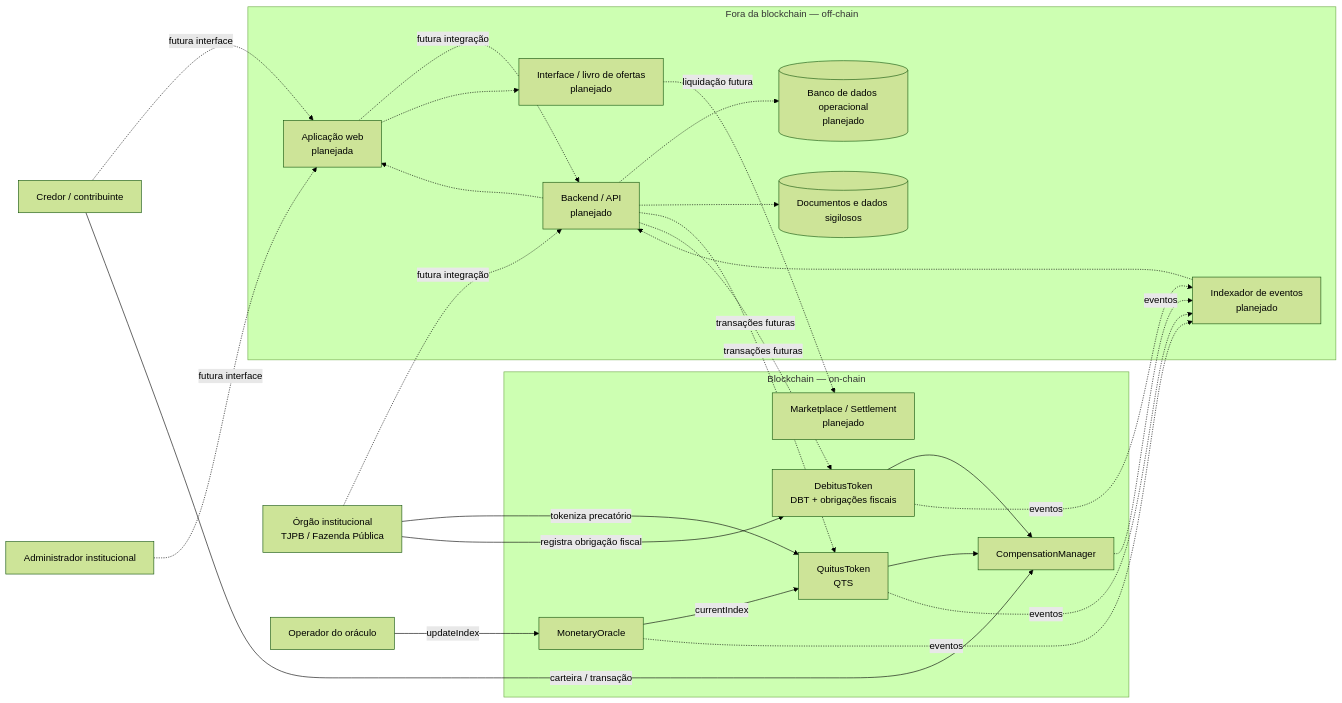
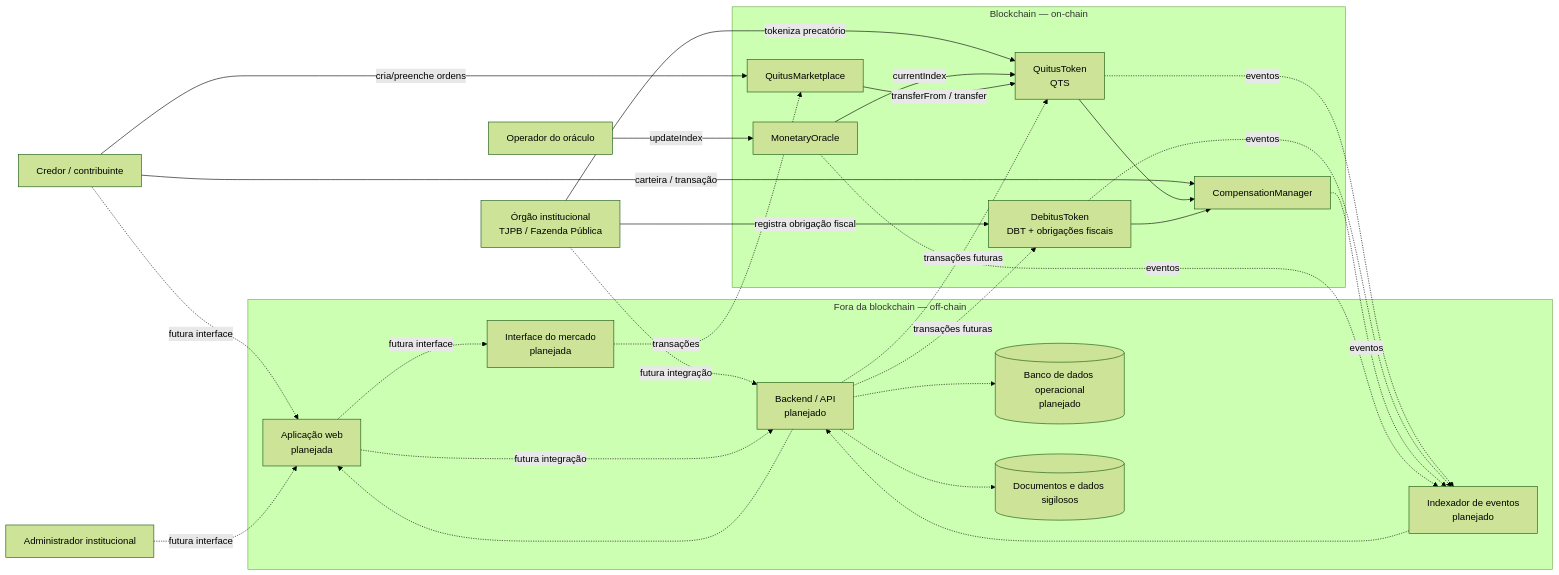
One commit to Victor-droid165/blockchain changed the diagram in Lab4/docs/arquitetura.md. Above: the diagram before and after it, drawn with Mermaid (forest theme). The commit also changed other lines of this file and 7 other files, not shown here.

Commit message:
feat(lab4): adiciona mercado secundario de QTS

````diff
--- a/Lab4/docs/arquitetura.md
+++ b/Lab4/docs/arquitetura.md
@@ -5,52 +5,54 @@
 ```mermaid
 flowchart LR
     C[Credor / contribuinte]
     O[Órgão institucional<br/>TJPB / Fazenda Pública]
     A[Administrador institucional]
     OP[Operador do oráculo]
 
     subgraph OFF["Fora da blockchain — off-chain"]
         FE[Aplicação web<br/>planejada]
         API[Backend / API<br/>planejado]
         DB[(Banco de dados operacional<br/>planejado)]
         DOC[(Documentos e dados sigilosos)]
         IDX[Indexador de eventos<br/>planejado]
-        MKT[Interface / livro de ofertas<br/>planejado]
+        MKTUI[Interface do mercado<br/>planejada]
     end
 
     subgraph ON["Blockchain — on-chain"]
         ORA[MonetaryOracle]
         QTS[QuitusToken<br/>QTS]
         DBT[DebitusToken<br/>DBT + obrigações fiscais]
         CMP[CompensationManager]
-        FUT[Marketplace / Settlement<br/>planejado]
+        MKT[QuitusMarketplace]
     end
 
     C -. futura interface .-> FE
     A -. futura interface .-> FE
     O -. futura integração .-> API
     FE -. futura integração .-> API
     API -.-> DB
     API -.-> DOC
     API -. transações futuras .-> QTS
     API -. transações futuras .-> DBT
 
     O -->|tokeniza precatório| QTS
     O -->|registra obrigação fiscal| DBT
     OP -->|updateIndex| ORA
     ORA -->|currentIndex| QTS
     C -->|carteira / transação| CMP
 
     QTS --> CMP
     DBT --> CMP
 
     QTS -. eventos .-> IDX
     DBT -. eventos .-> IDX
     CMP -. eventos .-> IDX
     ORA -. eventos .-> IDX
     IDX -.-> API
     API -.-> FE
 
-    FE -.-> MKT
-    MKT -. liquidação futura .-> FUT
+    FE -. futura interface .-> MKTUI
+    MKTUI -. transações .-> MKT
+    C -->|cria/preenche ordens| MKT
+    MKT -->|transferFrom / transfer| QTS
 ```
````
